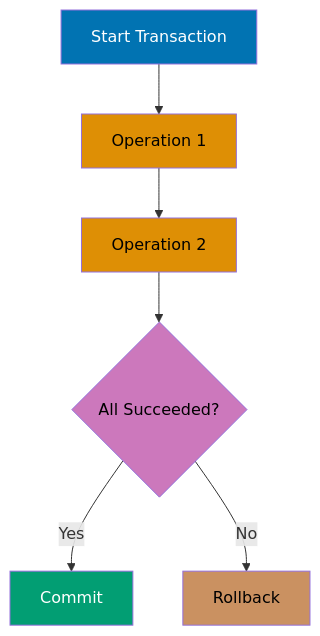
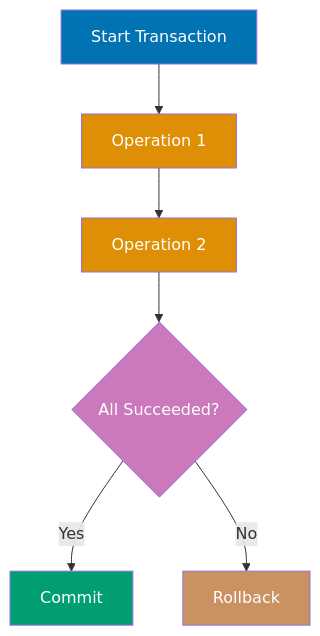
Before and after one commit to wahidyankf/open-sharia-enterprise: the fourth of 13 diagrams in apps/ayokoding-web/content/en/learn/software-engineering/data/tools/elixir-ecto/by-example/intermediate.md, drawn with Mermaid. The commit also changed other lines of this file and 61 other files, not shown here.

First line of the commit message:
fix(ayokoding-web): quote Mermaid node labels with special characters in Example 63

````diff
--- a/apps/ayokoding-web/content/en/learn/software-engineering/data/tools/elixir-ecto/by-example/intermediate.md
+++ b/apps/ayokoding-web/content/en/learn/software-engineering/data/tools/elixir-ecto/by-example/intermediate.md
@@ -372,17 +372,17 @@
 ```mermaid
 %% Color Palette: Blue #0173B2, Orange #DE8F05, Teal #029E73, Purple #CC78BC, Brown #CA9161
 %%  Transaction Flow
 graph TD
     A[Start Transaction] --> B[Operation 1]
     B --> C[Operation 2]
     C --> D{All Succeeded?}
     D -->|Yes| E[Commit]
     D -->|No| F[Rollback]
 
     style A fill:#0173B2,color:#fff
-    style B fill:#DE8F05,color:#000
-    style C fill:#DE8F05,color:#000
-    style D fill:#CC78BC,color:#000
+    style B fill:#DE8F05,color:#fff
+    style C fill:#DE8F05,color:#fff
+    style D fill:#CC78BC,color:#fff
     style E fill:#029E73,color:#fff
-    style F fill:#CA9161,color:#000
+    style F fill:#CA9161,color:#fff
 ```
````
